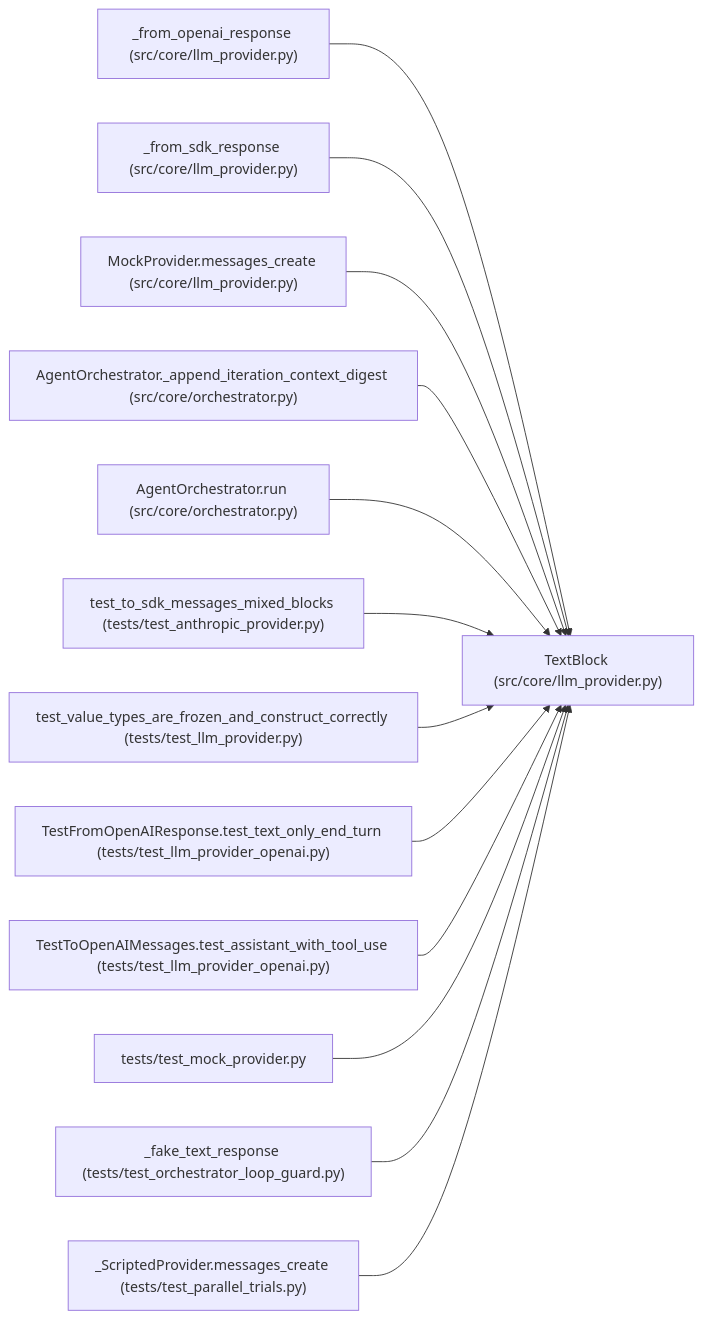
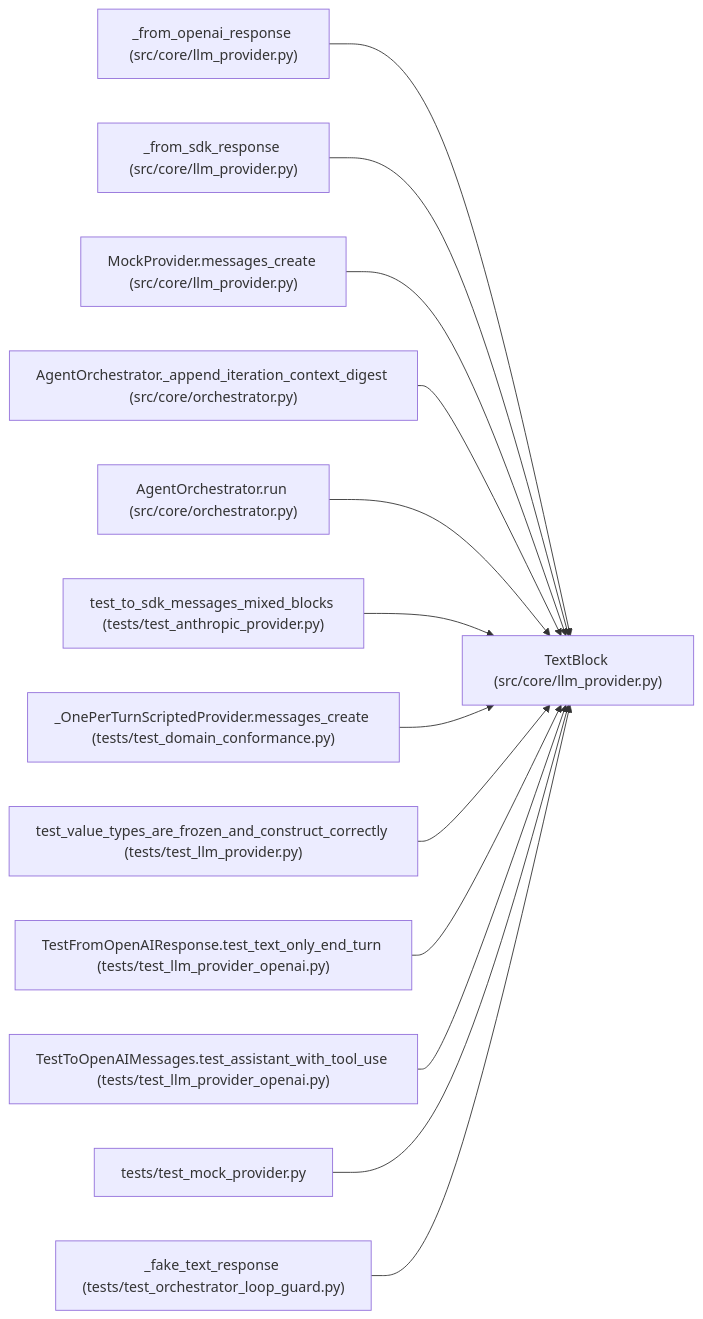
One commit to Denissvgn/autoresearch-agent changed the diagram in docs/llm_wiki/entities/TextBlock.md. Above: the diagram before and after it, drawn with Mermaid. The commit also changed other lines of this file and 1033 other files, not shown here.

````diff
--- a/docs/llm_wiki/entities/TextBlock.md
+++ b/docs/llm_wiki/entities/TextBlock.md
@@ -27,41 +27,41 @@
 ```mermaid
 flowchart LR
     n0["TextBlock (src/core/llm_provider.py)"]
     n1["_from_openai_response (src/core/llm_provider.py)"]
     n2["_from_sdk_response (src/core/llm_provider.py)"]
     n3["MockProvider.messages_create (src/core/llm_provider.py)"]
     n4["AgentOrchestrator._append_iteration_context_digest (src/core/orchestrator.py)"]
     n5["AgentOrchestrator.run (src/core/orchestrator.py)"]
     n6["test_to_sdk_messages_mixed_blocks (tests/test_anthropic_provider.py)"]
-    n7["test_value_types_are_frozen_and_construct_correctly (tests/test_llm_provider.py)"]
-    n8["TestFromOpenAIResponse.test_text_only_end_turn (tests/test_llm_provider_openai.py)"]
-    n9["TestToOpenAIMessages.test_assistant_with_tool_use (tests/test_llm_provider_openai.py)"]
-    n10["tests/test_mock_provider.py"]
-    n11["_fake_text_response (tests/test_orchestrator_loop_guard.py)"]
-    n12["_ScriptedProvider.messages_create (tests/test_parallel_trials.py)"]
+    n7["_OnePerTurnScriptedProvider.messages_create (tests/test_domain_conformance.py)"]
+    n8["test_value_types_are_frozen_and_construct_correctly (tests/test_llm_provider.py)"]
+    n9["TestFromOpenAIResponse.test_text_only_end_turn (tests/test_llm_provider_openai.py)"]
+    n10["TestToOpenAIMessages.test_assistant_with_tool_use (tests/test_llm_provider_openai.py)"]
+    n11["tests/test_mock_provider.py"]
+    n12["_fake_text_response (tests/test_orchestrator_loop_guard.py)"]
     n1 --> n0
     n2 --> n0
     n3 --> n0
     n4 --> n0
     n5 --> n0
     n6 --> n0
     n7 --> n0
     n8 --> n0
     n9 --> n0
     n10 --> n0
     n11 --> n0
     n12 --> n0
     click n0 "../modules/llm_provider.md"
     click n1 "../modules/llm_provider.md"
     click n2 "../modules/llm_provider.md"
     click n3 "../modules/llm_provider.md"
     click n4 "../modules/orchestrator.md"
     click n5 "../modules/orchestrator.md"
     click n6 "../modules/test_anthropic_provider.md"
-    click n7 "../modules/test_llm_provider.md"
-    click n8 "../modules/test_llm_provider_openai.md"
+    click n7 "../modules/test_domain_conformance.md"
+    click n8 "../modules/test_llm_provider.md"
     click n9 "../modules/test_llm_provider_openai.md"
-    click n10 "../modules/test_mock_provider.md"
-    click n11 "../modules/test_orchestrator_loop_guard.md"
-    click n12 "../modules/test_parallel_trials.md"
+    click n10 "../modules/test_llm_provider_openai.md"
+    click n11 "../modules/test_mock_provider.md"
+    click n12 "../modules/test_orchestrator_loop_guard.md"
 ```
````
